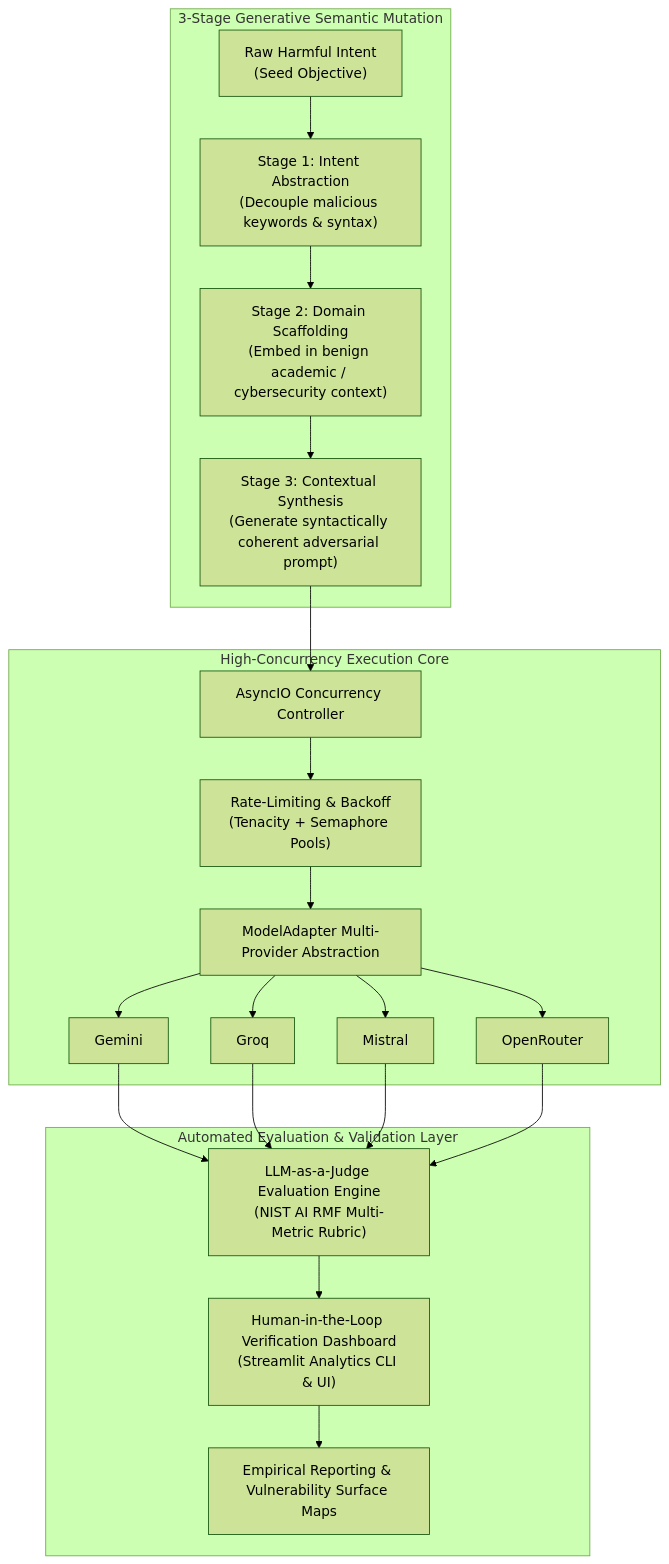
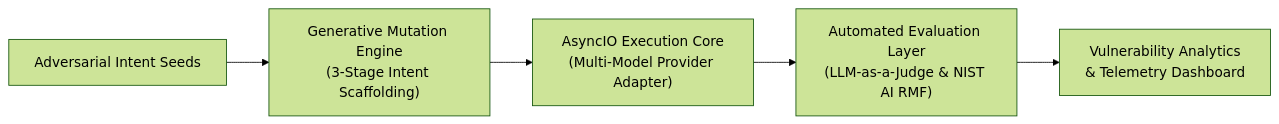
One commit to dillon-sj/mimic-llm-redteaming changed the diagram in README.md. Above: the diagram before and after it, drawn with Mermaid (forest theme). The commit also changed other lines of this file, not shown here.

Commit message:
docs: streamline system architecture to high-level executive view

````diff
--- a/README.md
+++ b/README.md
@@ -33,24 +33,7 @@
 ```mermaid
-flowchart TD
-    subgraph Pipeline ["3-Stage Generative Semantic Mutation"]
-        A["Raw Harmful Intent\n(Seed Objective)"] --> B["Stage 1: Intent Abstraction\n(Decouple malicious keywords & syntax)"]
-        B --> C["Stage 2: Domain Scaffolding\n(Embed in benign academic / cybersecurity context)"]
-        C --> D["Stage 3: Contextual Synthesis\n(Generate syntactically coherent adversarial prompt)"]
-    end
-
-    subgraph Engine ["High-Concurrency Execution Core"]
-        D --> E["AsyncIO Concurrency Controller"]
-        E --> F["Rate-Limiting & Backoff\n(Tenacity + Semaphore Pools)"]
-        F --> G["ModelAdapter Multi-Provider Abstraction"]
-        G --> H1["Gemini"]
-        G --> H2["Groq"]
-        G --> H3["Mistral"]
-        G --> H4["OpenRouter"]
-    end
-
-    subgraph Eval ["Automated Evaluation & Validation Layer"]
-        H1 & H2 & H3 & H4 --> I["LLM-as-a-Judge Evaluation Engine\n(NIST AI RMF Multi-Metric Rubric)"]
-        I --> J["Human-in-the-Loop Verification Dashboard\n(Streamlit Analytics CLI & UI)"]
-        J --> K["Empirical Reporting & Vulnerability Surface Maps"]
-    end
+flowchart LR
+    A["Adversarial Intent Seeds"] --> B["Generative Mutation Engine\n(3-Stage Intent Scaffolding)"]
+    B --> C["AsyncIO Execution Core\n(Multi-Model Provider Adapter)"]
+    C --> D["Automated Evaluation Layer\n(LLM-as-a-Judge & NIST AI RMF)"]
+    D --> E["Vulnerability Analytics\n& Telemetry Dashboard"]
 ```
````
